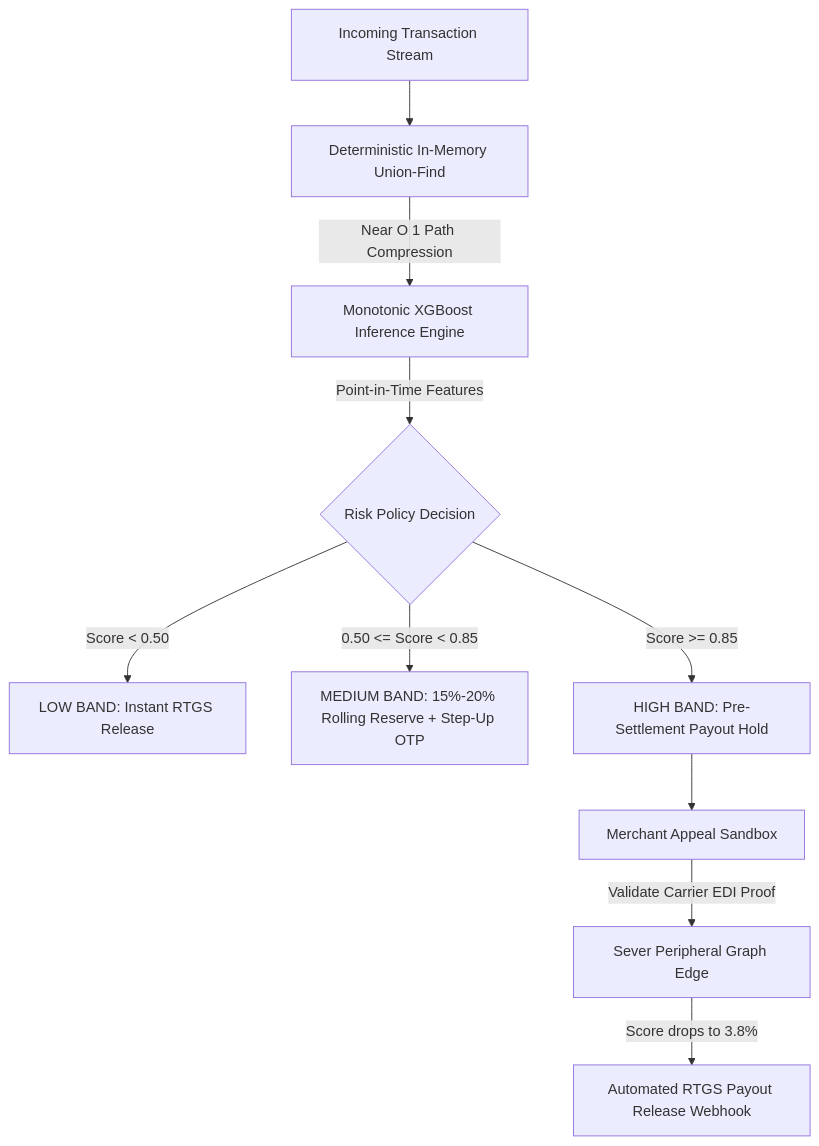
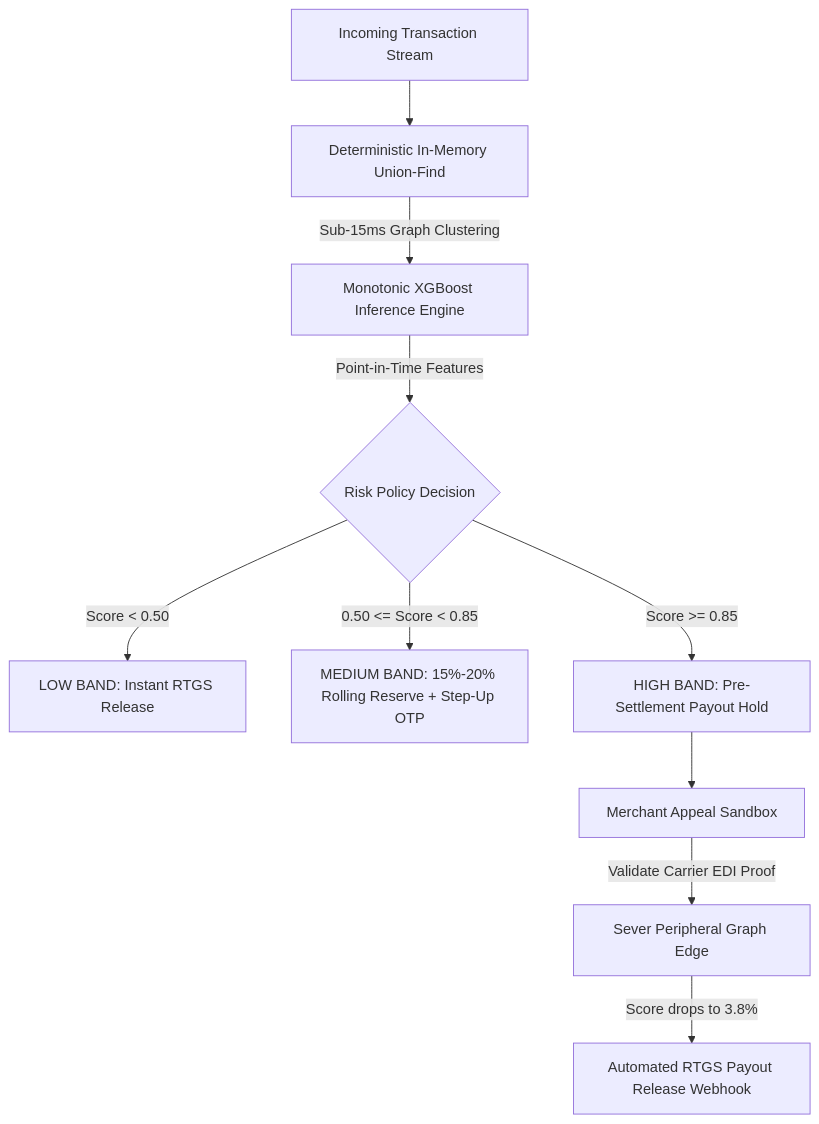
The diagram in README.md (SUBHA22-CODER/Docket-Risk), drawn with Mermaid before and after one commit. The commit also changed other lines of this file, not shown here.

Commit message:
docs: polish executive README with ASCII flow, API contract, and codebase map

````diff
--- a/README.md
+++ b/README.md
@@ -57,14 +67,14 @@
 ```mermaid
 flowchart TD
     A[Incoming Transaction Stream] --> B[Deterministic In-Memory Union-Find]
-    B -->|Near O 1 Path Compression| C[Monotonic XGBoost Inference Engine]
+    B -->|Sub-15ms Graph Clustering| C[Monotonic XGBoost Inference Engine]
     C -->|Point-in-Time Features| D{Risk Policy Decision}
     
     D -->|Score < 0.50| E[LOW BAND: Instant RTGS Release]
     D -->|0.50 <= Score < 0.85| F[MEDIUM BAND: 15%-20% Rolling Reserve + Step-Up OTP]
     D -->|Score >= 0.85| G[HIGH BAND: Pre-Settlement Payout Hold]
     
     G --> H[Merchant Appeal Sandbox]
     H -->|Validate Carrier EDI Proof| I[Sever Peripheral Graph Edge]
     I -->|Score drops to 3.8%| J[Automated RTGS Payout Release Webhook]
 ```
````
